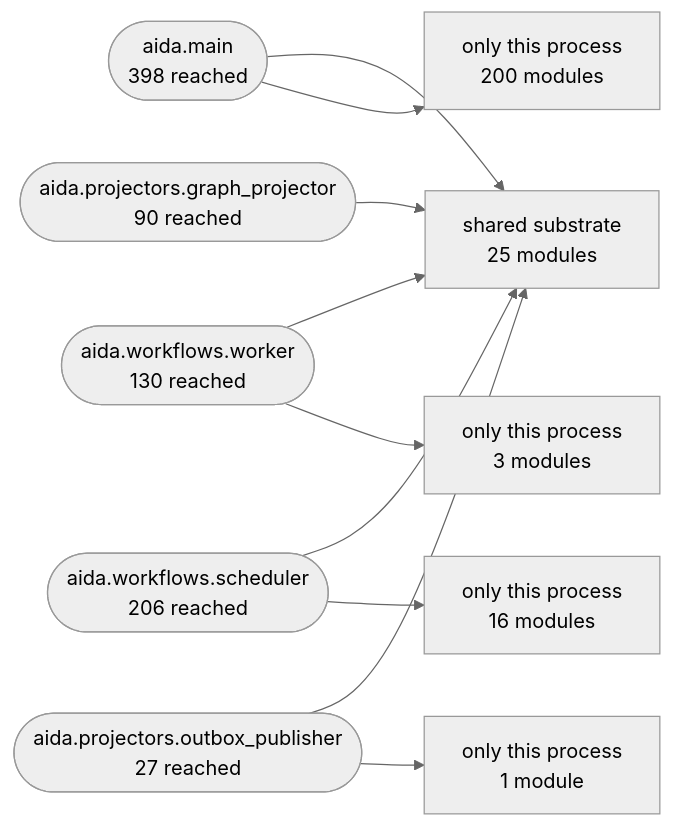
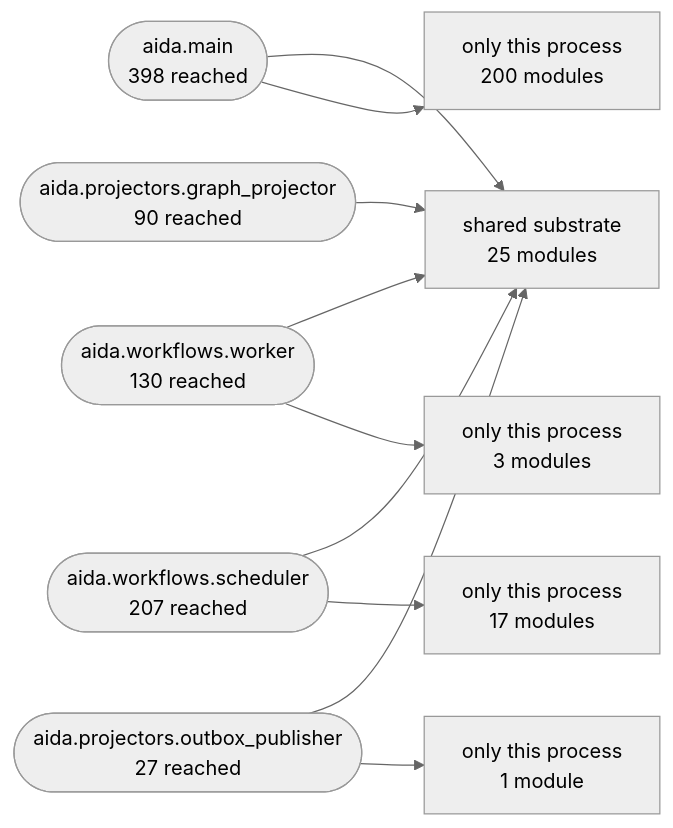
The second of 3 diagrams in Docs/10-architecture/14-generated-architecture-map.md (karuppusamym/AIDataAnalyst), drawn with Mermaid (neutral theme) before and after one commit. The commit also changed other lines of this file and 13 other files, not shown here.

````diff
--- a/Docs/10-architecture/14-generated-architecture-map.md
+++ b/Docs/10-architecture/14-generated-architecture-map.md
@@ -178,22 +178,22 @@
 ```mermaid
 graph LR
   shared["shared substrate<br/>25 modules"]
   aida_main(["aida.main<br/>398 reached"])
   aida_workflows_worker(["aida.workflows.worker<br/>130 reached"])
-  aida_workflows_scheduler(["aida.workflows.scheduler<br/>206 reached"])
+  aida_workflows_scheduler(["aida.workflows.scheduler<br/>207 reached"])
   aida_projectors_graph_projector(["aida.projectors.graph_projector<br/>90 reached"])
   aida_projectors_outbox_publisher(["aida.projectors.outbox_publisher<br/>27 reached"])
   aida_main --> shared
   only_aida_main["only this process<br/>200 modules"]
   aida_main --> only_aida_main
   aida_workflows_worker --> shared
   only_aida_workflows_worker["only this process<br/>3 modules"]
   aida_workflows_worker --> only_aida_workflows_worker
   aida_workflows_scheduler --> shared
-  only_aida_workflows_scheduler["only this process<br/>16 modules"]
+  only_aida_workflows_scheduler["only this process<br/>17 modules"]
   aida_workflows_scheduler --> only_aida_workflows_scheduler
   aida_projectors_graph_projector --> shared
   aida_projectors_outbox_publisher --> shared
   only_aida_projectors_outbox_publisher["only this process<br/>1 module"]
   aida_projectors_outbox_publisher --> only_aida_projectors_outbox_publisher
 ```
````
